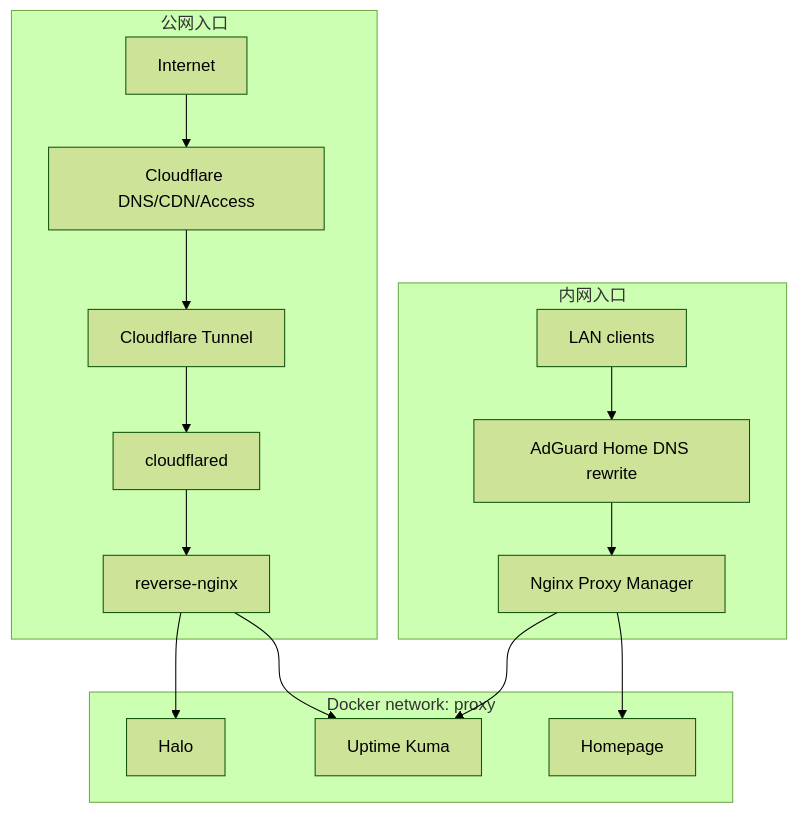
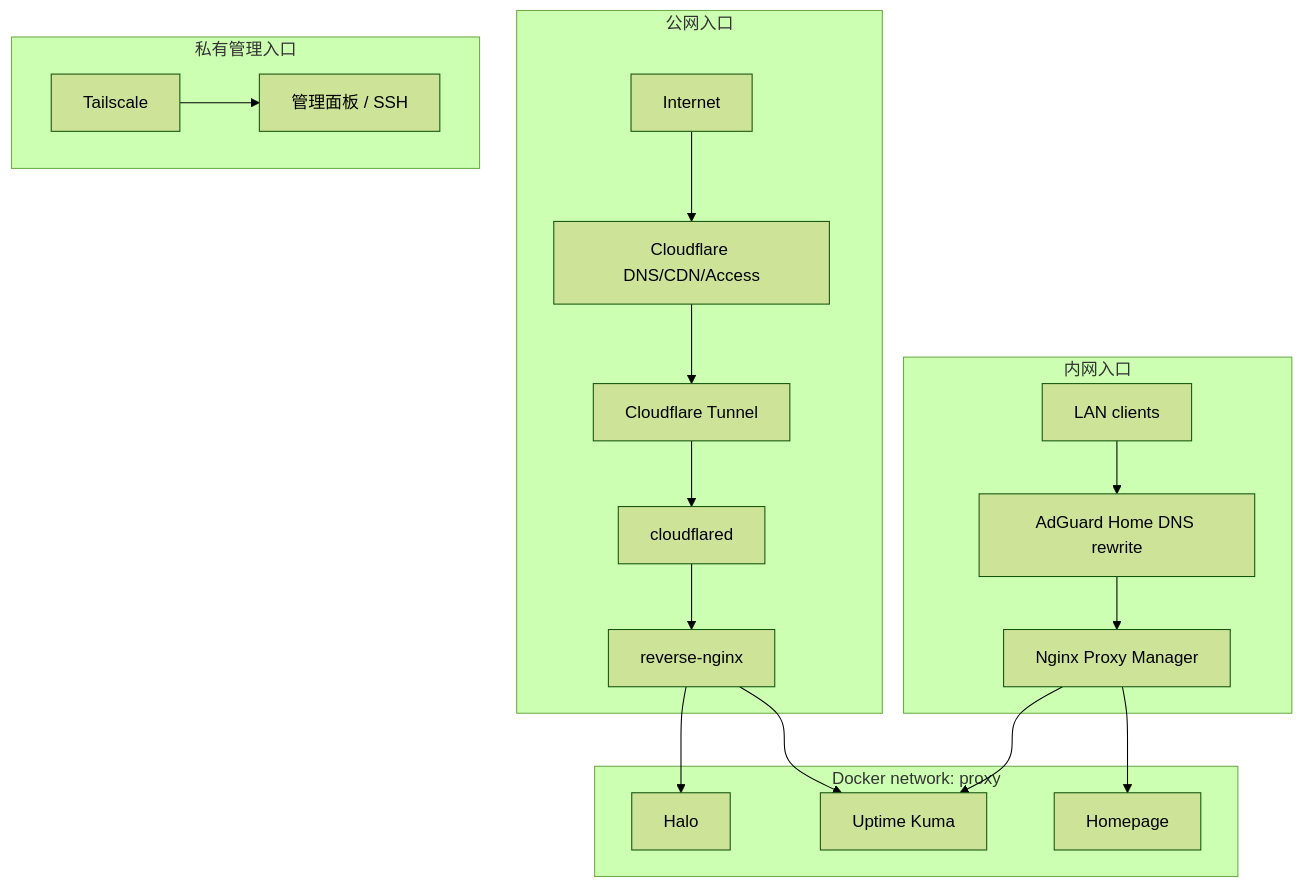
One commit to ryoo2001/homelab-infra changed the diagram in docs/dual-nginx-design.md. Above: the diagram before and after it, drawn with Mermaid (forest theme). The commit also changed other lines of this file and 1 other file, not shown here.

````diff
--- a/docs/dual-nginx-design.md
+++ b/docs/dual-nginx-design.md
@@ -31,31 +26,37 @@
 ```mermaid
 flowchart TB
   subgraph Public["公网入口"]
     internet[Internet]
     cf[Cloudflare DNS/CDN/Access]
     tunnel[Cloudflare Tunnel]
     cloudflared[cloudflared]
     reverse[reverse-nginx]
   end
 
   subgraph Internal["内网入口"]
     lan[LAN clients]
     adguard[AdGuard Home DNS rewrite]
     npm[Nginx Proxy Manager]
   end
 
+  subgraph Private["私有管理入口"]
+    ts[Tailscale]
+    mgmt[管理面板 / SSH]
+  end
+
   subgraph Proxy["Docker network: proxy"]
     reverse
     npm
     halo[Halo]
     kuma[Uptime Kuma]
     homepage[Homepage]
   end
 
   internet --> cf --> tunnel --> cloudflared --> reverse
   lan --> adguard --> npm
+  ts --> mgmt
   reverse --> halo
   reverse --> kuma
   npm --> homepage
   npm --> kuma
 ```
````
